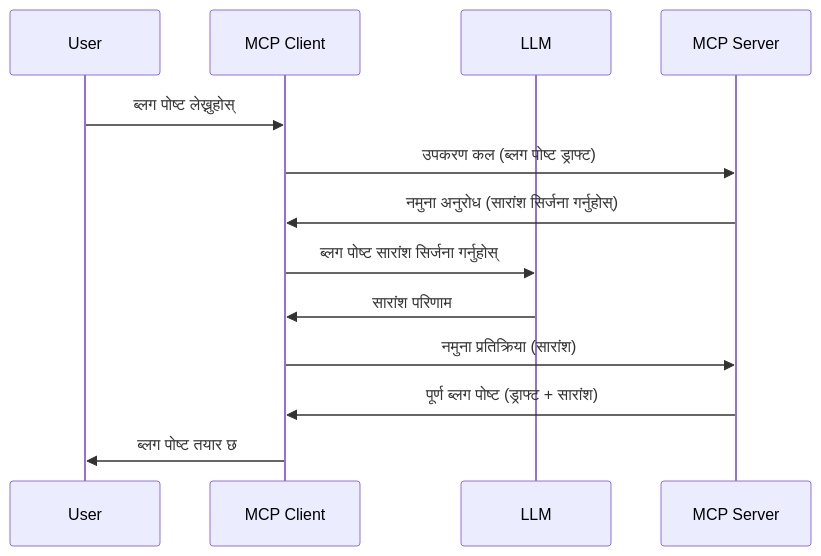
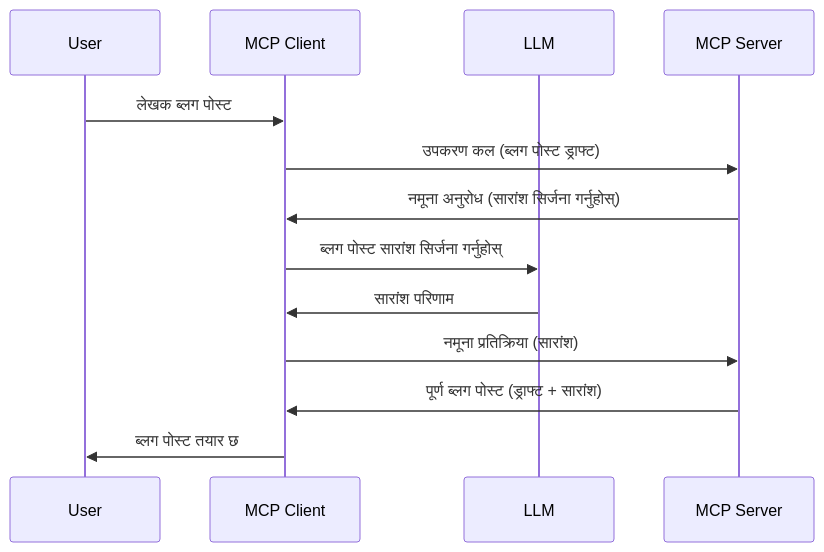
One commit to HIDORAKAI002/ai-workspace-archive changed the diagram in mcp_ecosystem__model_context_protocol/mcp_learning_resources/mcp-for-beginners/translations/ne/03-GettingStarted/14-sampling/README.md. Above: the diagram before and after it, drawn with Mermaid. The commit also changed other lines of this file and 1046 other files, not shown here.

````diff
--- a/mcp_ecosystem__model_context_protocol/mcp_learning_resources/mcp-for-beginners/translations/ne/03-GettingStarted/14-sampling/README.md
+++ b/mcp_ecosystem__model_context_protocol/mcp_learning_resources/mcp-for-beginners/translations/ne/03-GettingStarted/14-sampling/README.md
@@ -23,16 +25,16 @@
 ```mermaid
 sequenceDiagram
     participant User
     participant MCP Client
     participant LLM
     participant MCP Server
 
-    User->>MCP Client: ब्लग पोष्ट लेख्नुहोस्
-    MCP Client->>MCP Server: उपकरण कल (ब्लग पोष्ट ड्राफ्ट)
-    MCP Server->>MCP Client: नमुना अनुरोध (सारांश सिर्जना गर्नुहोस्)
-    MCP Client->>LLM: ब्लग पोष्ट सारांश सिर्जना गर्नुहोस्
+    User->>MCP Client: लेखक ब्लग पोस्ट
+    MCP Client->>MCP Server: उपकरण कल (ब्लग पोस्ट ड्राफ्ट)
+    MCP Server->>MCP Client: नमूना अनुरोध (सारांश सिर्जना गर्नुहोस्)
+    MCP Client->>LLM: ब्लग पोस्ट सारांश सिर्जना गर्नुहोस्
     LLM->>MCP Client: सारांश परिणाम
-    MCP Client->>MCP Server: नमुना प्रतिक्रिया (सारांश)
-    MCP Server->>MCP Client: पूर्ण ब्लग पोष्ट (ड्राफ्ट + सारांश)
-    MCP Client->>User: ब्लग पोष्ट तयार छ
+    MCP Client->>MCP Server: नमूना प्रतिक्रिया (सारांश)
+    MCP Server->>MCP Client: पूर्ण ब्लग पोस्ट (ड्राफ्ट + सारांश)
+    MCP Client->>User: ब्लग पोस्ट तयार छ
 ```
````
